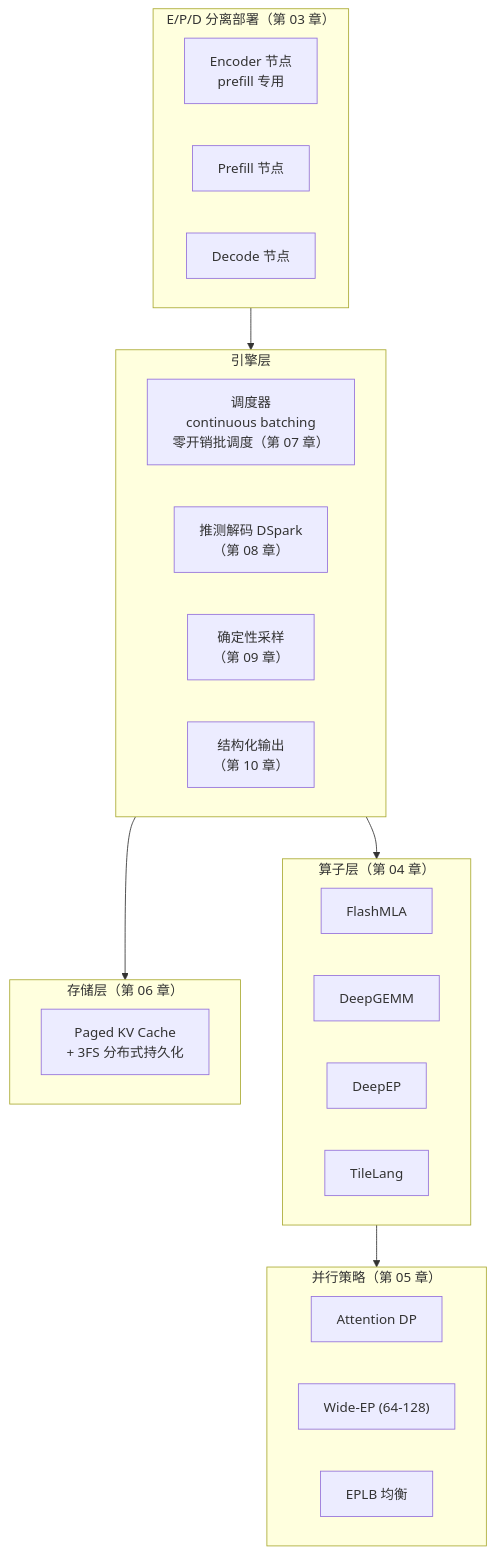
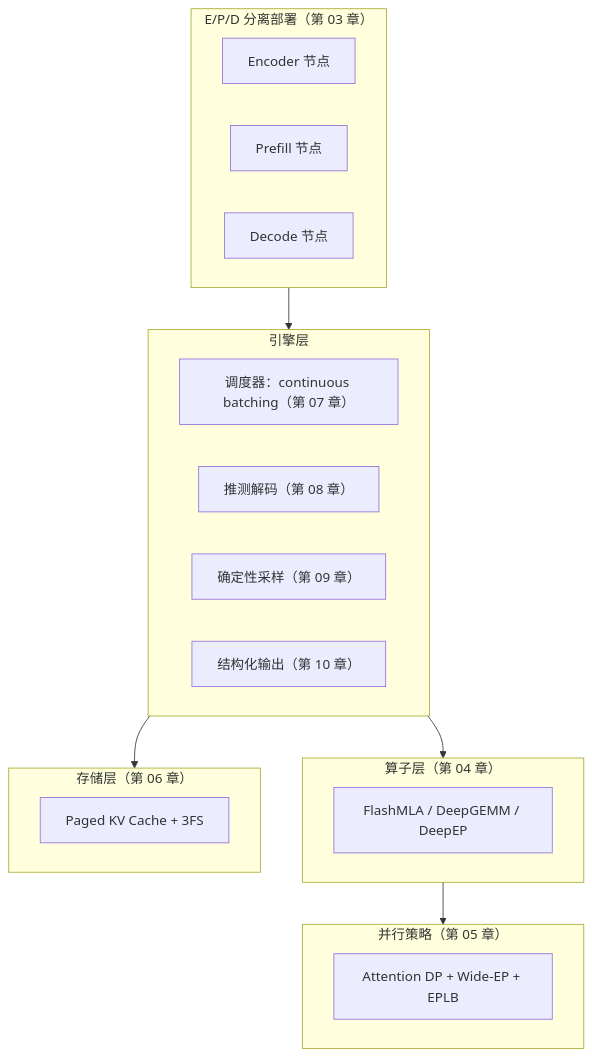
The diagram in docs/guide/01-overview.md (wanglh39/deepinfer-lab), drawn with Mermaid before and after one commit. The commit also changed other lines of this file and 17 other files, not shown here.

````diff
--- a/docs/guide/01-overview.md
+++ b/docs/guide/01-overview.md
@@ -89,32 +129,27 @@
 ```mermaid
 flowchart TB
     subgraph 集群["E/P/D 分离部署（第 03 章）"]
         direction LR
-        E["Encoder 节点<br/>prefill 专用"]
+        E["Encoder 节点"]
         P["Prefill 节点"]
         D["Decode 节点"]
     end
     subgraph 引擎["引擎层"]
-        SCHED["调度器<br/>continuous batching<br/>零开销批调度（第 07 章）"]
-        SPEC["推测解码 DSpark<br/>（第 08 章）"]
-        SMP["确定性采样<br/>（第 09 章）"]
-        SO["结构化输出<br/>（第 10 章）"]
+        SCHED["调度器：continuous batching（第 07 章）"]
+        SPEC["推测解码（第 08 章）"]
+        SMP["确定性采样（第 09 章）"]
+        SO["结构化输出（第 10 章）"]
     end
     subgraph 内核["算子层（第 04 章）"]
-        K1["FlashMLA"]
-        K2["DeepGEMM"]
-        K3["DeepEP"]
-        K4["TileLang"]
+        K1["FlashMLA / DeepGEMM / DeepEP"]
     end
     subgraph 存储["存储层（第 06 章）"]
-        KV["Paged KV Cache<br/>+ 3FS 分布式持久化"]
+        KV["Paged KV Cache + 3FS"]
     end
     subgraph 并行["并行策略（第 05 章）"]
-        DP["Attention DP"]
-        EP["Wide-EP (64-128)"]
-        EPLB["EPLB 均衡"]
+        DP["Attention DP + Wide-EP + EPLB"]
     end
     集群 --> 引擎 --> 内核
     引擎 --> 存储
     内核 --> 并行
 ```
````
